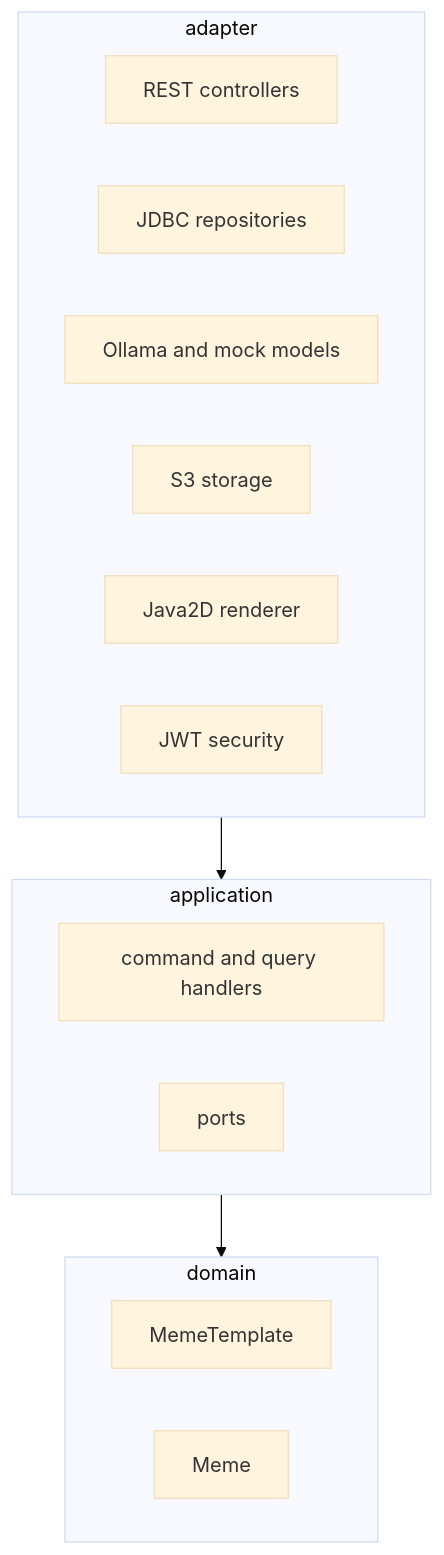
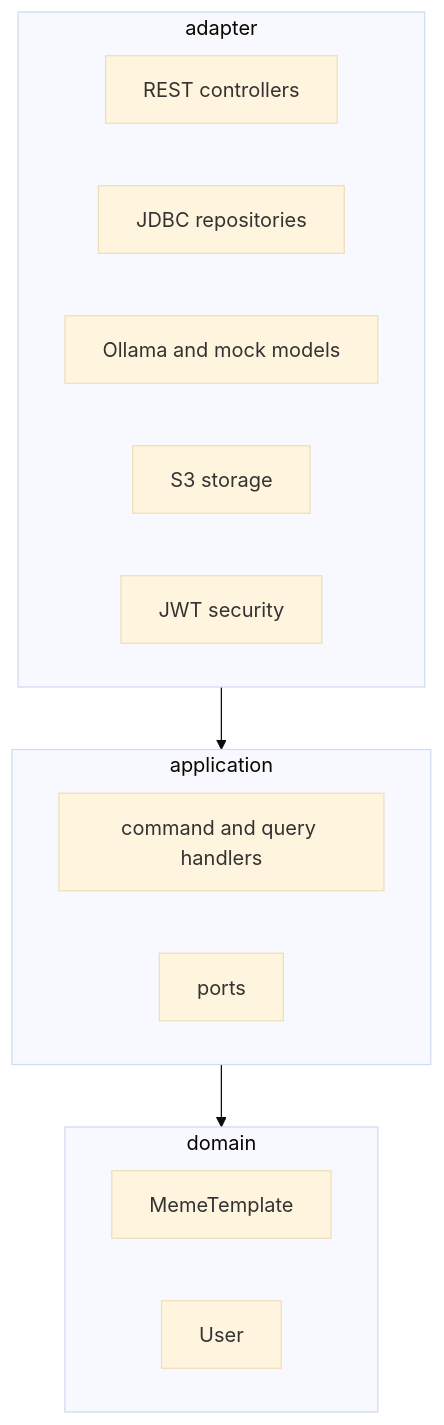
The second of 2 diagrams in docs/technical.md (chun-wei0413/WTM), drawn with Mermaid (base theme) before and after one commit. The commit also changed other lines of this file and 61 other files, not shown here.

````diff
--- a/docs/technical.md
+++ b/docs/technical.md
@@ -65,23 +47,22 @@
 ```mermaid
 flowchart TB
     subgraph adapter
         direction LR
         web[REST controllers]
         db[JDBC repositories]
         ai[Ollama and mock models]
         s3[S3 storage]
-        img[Java2D renderer]
         sec[JWT security]
     end
     subgraph application
         direction LR
         h[command and query handlers]
         p[ports]
     end
     subgraph domain
         direction LR
         t[MemeTemplate]
-        m[Meme]
+        u[User]
     end
     adapter --> application --> domain
 ```
````
